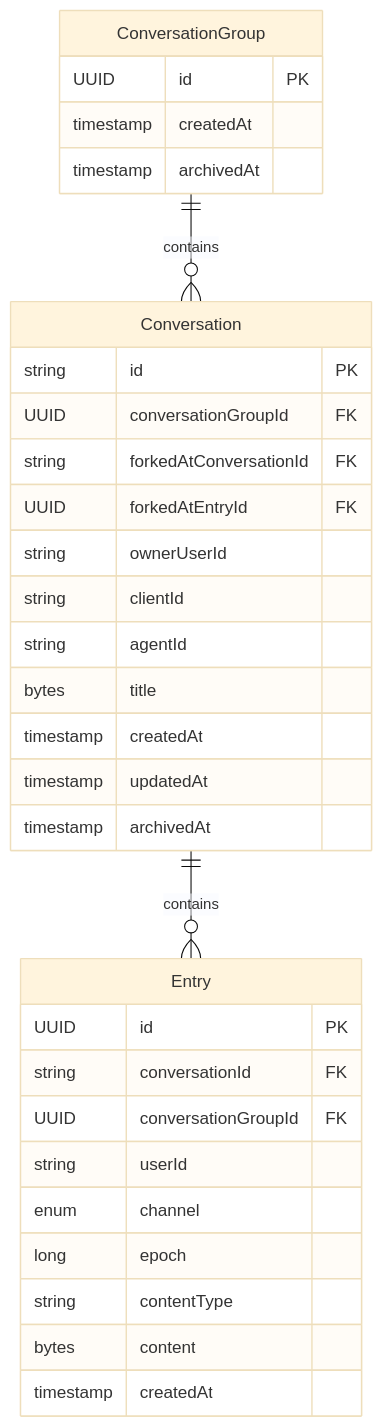
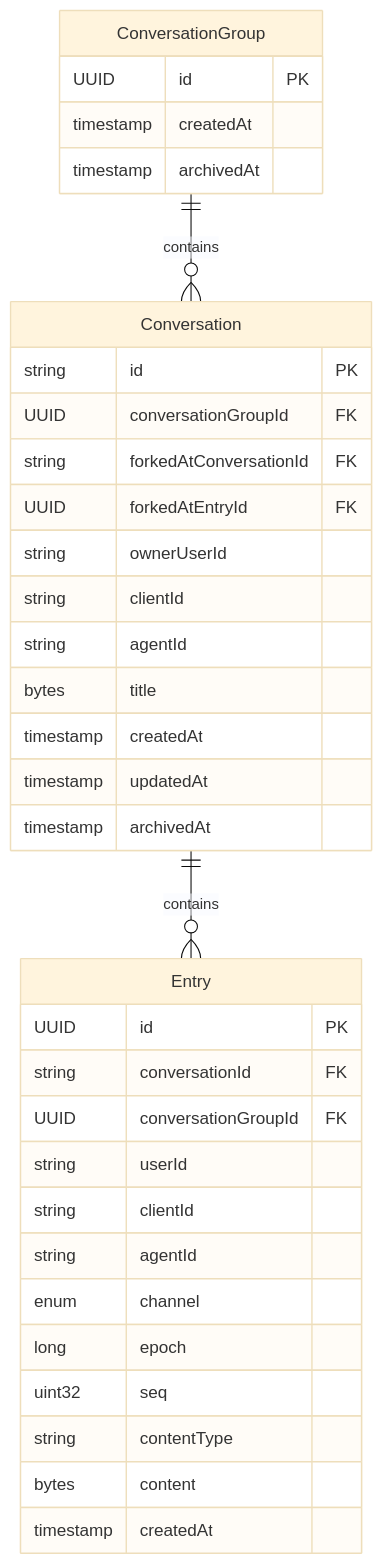
One commit to chirino/memory-service changed the first of 15 diagrams in docs/entry-data-model.md. Above: the diagram before and after it, drawn with Mermaid (base theme). The commit also changed other lines of this file and 58 other files, not shown here.

````diff
--- a/docs/entry-data-model.md
+++ b/docs/entry-data-model.md
@@ -9,34 +9,37 @@
 ```mermaid
 erDiagram
     ConversationGroup ||--o{ Conversation : "contains"
     Conversation ||--o{ Entry : "contains"
     ConversationGroup {
         UUID id PK
         timestamp createdAt
         timestamp archivedAt
     }
     Conversation {
         string id PK
         UUID conversationGroupId FK
         string forkedAtConversationId FK
         UUID forkedAtEntryId FK
         string ownerUserId
         string clientId
         string agentId
         bytes title
         timestamp createdAt
         timestamp updatedAt
         timestamp archivedAt
     }
     Entry {
         UUID id PK
         string conversationId FK
         UUID conversationGroupId FK
         string userId
+        string clientId
+        string agentId
         enum channel
         long epoch
+        uint32 seq
         string contentType
         bytes content
         timestamp createdAt
     }
 ```
````
